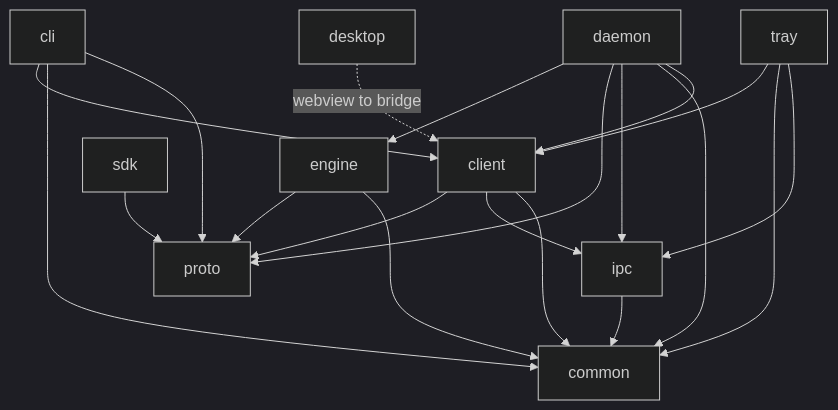
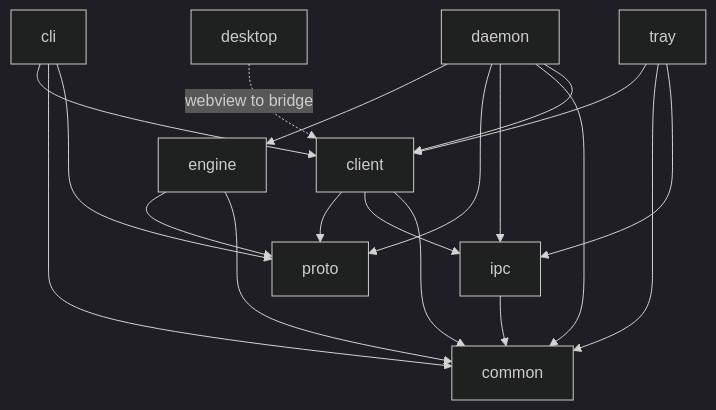
Before and after one commit to prytaneum/hestia: the second of 3 diagrams in docs/architecture.md, drawn with Mermaid (dark theme). The commit also changed other lines of this file and 36 other files, not shown here.

````diff
--- a/docs/architecture.md
+++ b/docs/architecture.md
@@ -43,11 +43,10 @@
 ```mermaid
 flowchart TD
     client --> proto & ipc & common
-    sdk --> proto
     ipc --> common
     engine --> proto & common
     cli --> client & common & proto
     daemon --> engine & proto & ipc & common & client
     tray --> client & common & ipc
     desktop -.->|"webview to bridge"| client
 ```
````
